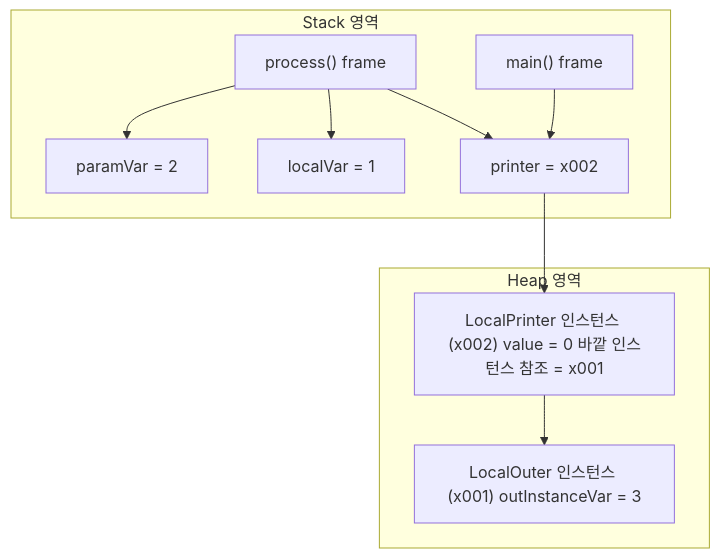
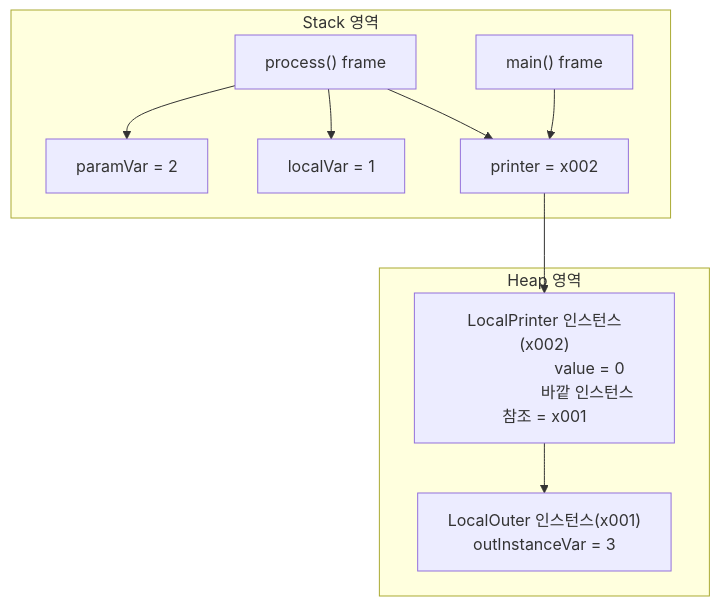
The first of 5 diagrams in 03.중급-1/08-02-중첩_클래스_내부 클래스.md (xmlbuilder/JavaTutorial), drawn with Mermaid before and after one commit.

Commit message:
Update 08-02-중첩_클래스_내부 클래스.md

````diff
--- a/03.중급-1/08-02-중첩_클래스_내부 클래스.md
+++ b/03.중급-1/08-02-중첩_클래스_내부 클래스.md
@@ -42,19 +42,22 @@
 ```mermaid
 graph TD
     subgraph Stack 영역
         mainFrame["main() frame"]
         processFrame["process() frame"]
         processFrame --> paramVar["paramVar = 2"]
         processFrame --> localVar["localVar = 1"]
         processFrame --> printerRef["printer = x002"]
     end
 
     subgraph Heap 영역
-        outerObj["LocalOuter 인스턴스 (x001) outInstanceVar = 3"]
-        printerObj["LocalPrinter 인스턴스 (x002) value = 0 바깥 인스턴스 참조 = x001"]
+        outerObj["LocalOuter 인스턴스(x001)
+                    outInstanceVar = 3"]
+        printerObj["LocalPrinter 인스턴스(x002)
+                    value = 0
+                    바깥 인스턴스 참조 = x001"]
         printerObj --> outerObj
     end
 
     mainFrame --> printerRef
     printerRef --> printerObj
 ```
````
